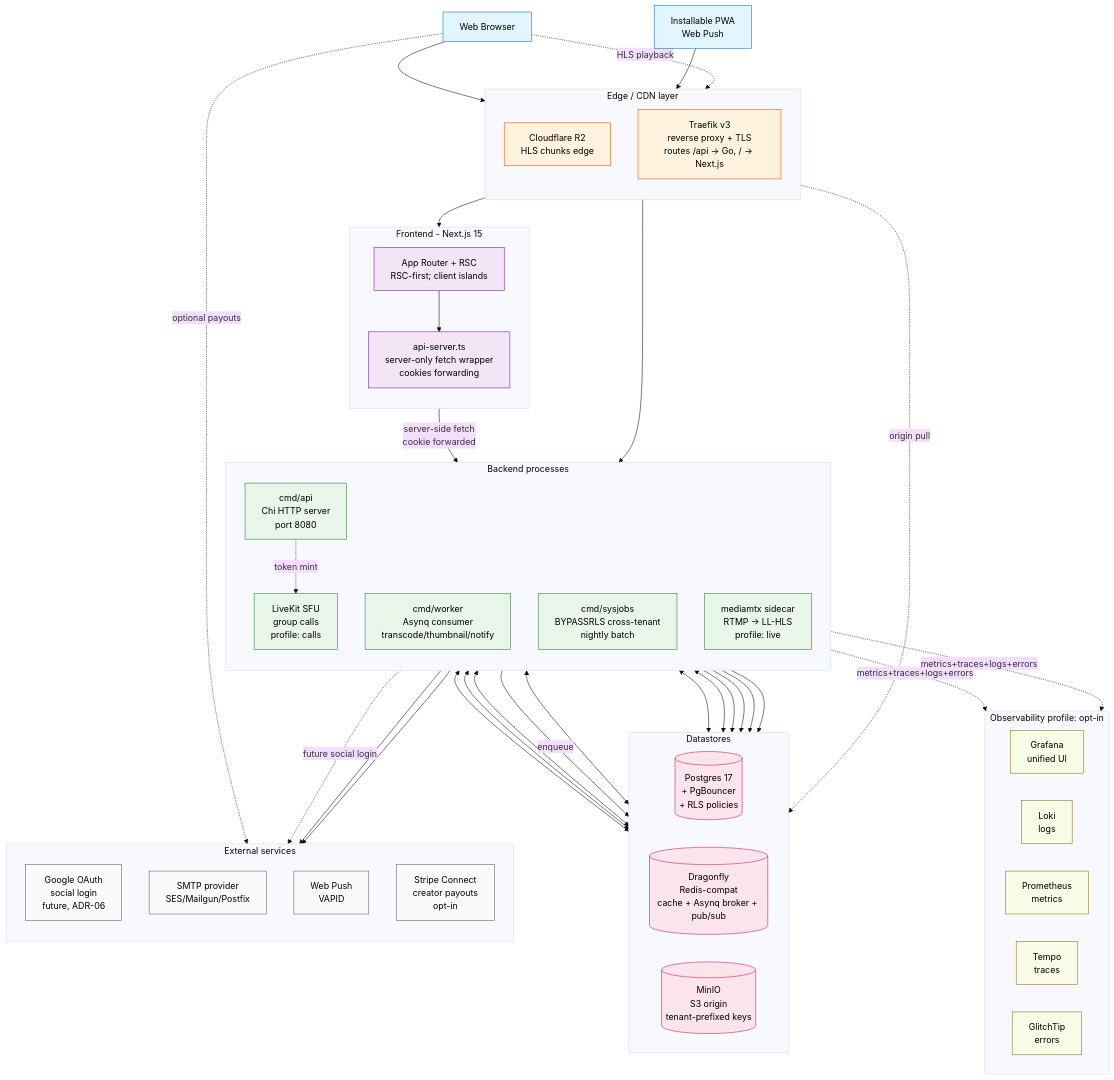
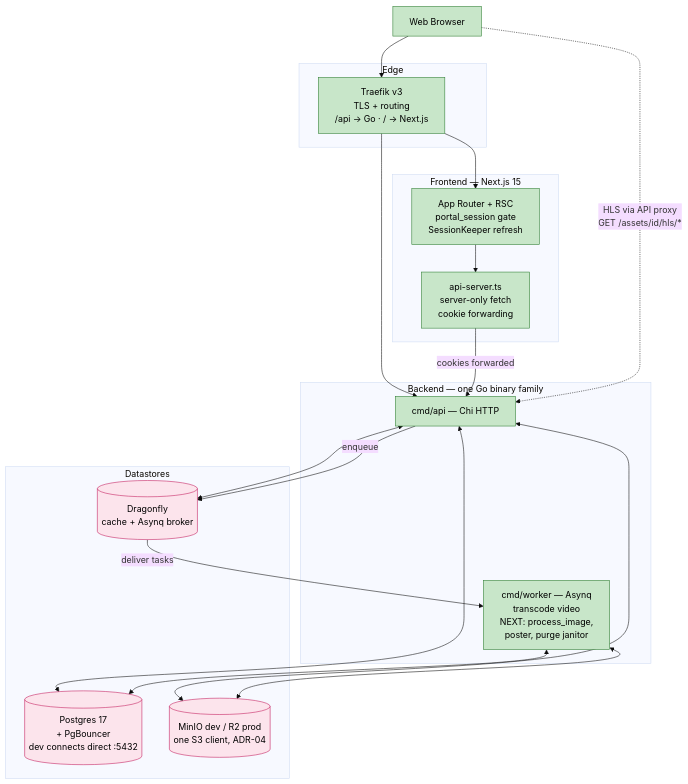
One commit to jackone2991/portal changed the first of 8 diagrams in docs/architecture/diagrams.md. Above: the diagram before and after it, drawn with Mermaid (base theme). The commit also changed other lines of this file and 4 other files, not shown here.

````diff
--- a/docs/architecture/diagrams.md
+++ b/docs/architecture/diagrams.md
@@ -23,92 +38,43 @@
 ```mermaid
 graph TB
-    classDef user fill:#e1f5ff,stroke:#0277bd,color:#000
-    classDef edge fill:#fff3e0,stroke:#e65100,color:#000
-    classDef frontend fill:#f3e5f5,stroke:#6a1b9a,color:#000
-    classDef backend fill:#e8f5e9,stroke:#2e7d32,color:#000
-    classDef datastore fill:#fce4ec,stroke:#c2185b,color:#000
-    classDef external fill:#fafafa,stroke:#616161,color:#000
-    classDef observability fill:#f9fbe7,stroke:#827717,color:#000
+    classDef shipped fill:#c8e6c9,stroke:#2e7d32,color:#000
+    classDef next fill:#bbdefb,stroke:#0d47a1,color:#000
+    classDef store fill:#fce4ec,stroke:#c2185b,color:#000
 
-    Browser[Web Browser]:::user
-    PWA[Installable PWA<br/>Web Push]:::user
+    Browser[Web Browser]:::shipped
 
-    subgraph EDGE[Edge / CDN layer]
-        direction TB
-        R2[Cloudflare R2<br/>HLS chunks edge]:::edge
-        Traefik[Traefik v3<br/>reverse proxy + TLS<br/>routes /api -> Go, / -> Next.js]:::edge
+    subgraph EDGE[Edge]
+        Traefik[Traefik v3<br/>TLS + routing<br/>/api → Go · / → Next.js]:::shipped
     end
 
-    subgraph FRONTEND[Frontend - Next.js 15]
-        direction TB
-        Next[App Router + RSC<br/>RSC-first; client islands]:::frontend
-        APIServer[api-server.ts<br/>server-only fetch wrapper<br/>cookies forwarding]:::frontend
+    subgraph FE[Frontend — Next.js 15]
+        Next[App Router + RSC<br/>portal_session gate<br/>SessionKeeper refresh]:::shipped
+        APIServer[api-server.ts<br/>server-only fetch<br/>cookie forwarding]:::shipped
     end
 
-    subgraph BACKENDPROC[Backend processes]
-        direction TB
-        CmdAPI[cmd/api<br/>Chi HTTP server<br/>port 8080]:::backend
-        CmdWorker[cmd/worker<br/>Asynq consumer<br/>transcode/thumbnail/notify]:::backend
-        CmdSysJobs[cmd/sysjobs<br/>BYPASSRLS cross-tenant<br/>nightly batch]:::backend
-        MediaMTX[mediamtx sidecar<br/>RTMP -> LL-HLS<br/>profile: live]:::backend
-        LiveKit[LiveKit SFU<br/>group calls<br/>profile: calls]:::backend
+    subgraph BE[Backend — one Go binary family]
+        CmdAPI[cmd/api — Chi HTTP]:::shipped
+        CmdWorker[cmd/worker — Asynq<br/>transcode video<br/>NEXT: process_image,<br/>poster, purge janitor]:::shipped
     end
 
-    subgraph DATASTORES[Datastores]
-        direction LR
-        PG[(Postgres 17<br/>+ PgBouncer<br/>+ RLS policies)]:::datastore
-        Dragonfly[(Dragonfly<br/>Redis-compat<br/>cache + Asynq broker + pub/sub)]:::datastore
-        MinIO[(MinIO<br/>S3 origin<br/>tenant-prefixed keys)]:::datastore
-    end
-
-    subgraph EXT[External services]
-        direction TB
-        GoogleOAuth[Google OAuth<br/>social login<br/>future, ADR-06]:::external
-        SMTP[SMTP provider<br/>SES/Mailgun/Postfix]:::external
-        WebPush[Web Push<br/>VAPID]:::external
-        Stripe[Stripe Connect<br/>creator payouts<br/>opt-in]:::external
-    end
-
-    subgraph OBS[Observability profile: opt-in]
-        direction LR
-        Grafana[Grafana<br/>unified UI]:::observability
-        Loki[Loki<br/>logs]:::observability
-        Prom[Prometheus<br/>metrics]:::observability
-        Tempo[Tempo<br/>traces]:::observability
-        GlitchTip[GlitchTip<br/>errors]:::observability
+    subgraph DATA[Datastores]
+        PG[(Postgres 17<br/>+ PgBouncer<br/>dev connects direct :5432)]:::store
+        DF[(Dragonfly<br/>cache + Asynq broker)]:::store
+        S3[(MinIO dev / R2 prod<br/>one S3 client, ADR-04)]:::store
     end
 
     Browser --> Traefik
-    PWA --> Traefik
-    Browser -.HLS playback.-> R2
-    R2 -.origin pull.-> MinIO
-
     Traefik --> Next
     Traefik --> CmdAPI
-    Next --> APIServer
-    APIServer -->|server-side fetch<br/>cookie forwarded| CmdAPI
+    Next --> APIServer -->|cookies forwarded| CmdAPI
 
     CmdAPI <--> PG
-    CmdAPI <--> Dragonfly
-    CmdAPI <--> MinIO
-    CmdAPI -->|enqueue| Dragonfly
-    CmdAPI -.future social login.-> GoogleOAuth
+    CmdAPI <--> DF
+    CmdAPI <--> S3
+    CmdAPI -->|enqueue| DF
+    DF -->|deliver tasks| CmdWorker
+    CmdWorker <--> PG
+    CmdWorker <--> S3
 
-    CmdWorker <--> Dragonfly
-    CmdWorker <--> PG
-    CmdWorker <--> MinIO
-    CmdWorker --> SMTP
-    CmdWorker --> WebPush
-
-    CmdSysJobs --> PG
-    CmdSysJobs --> MinIO
-
-    MediaMTX --> MinIO
-    LiveKit --> MinIO
-    CmdAPI -.token mint.-> LiveKit
-
-    CmdAPI -.metrics+traces+logs+errors.-> OBS
-    CmdWorker -.metrics+traces+logs+errors.-> OBS
-
-    Browser -.optional payouts.-> Stripe
+    Browser -.HLS via API proxy<br/>GET /assets/id/hls/*.-> CmdAPI
 ```
````
